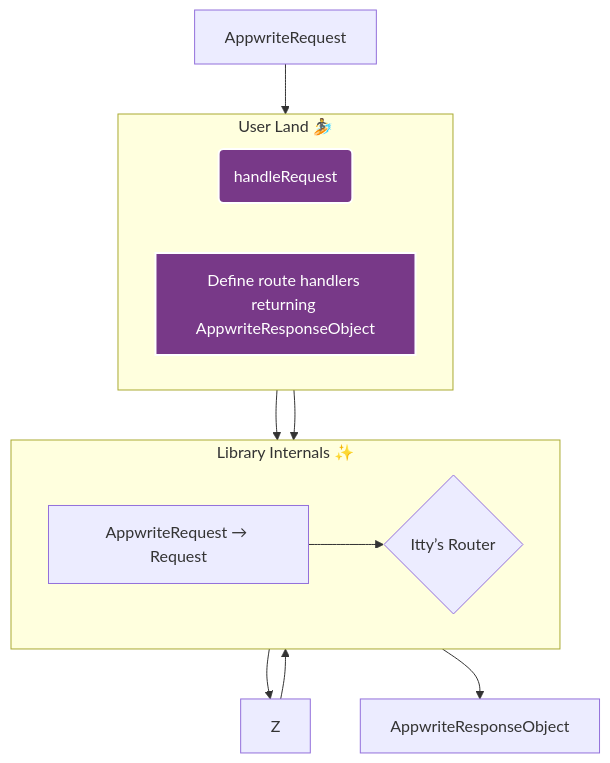
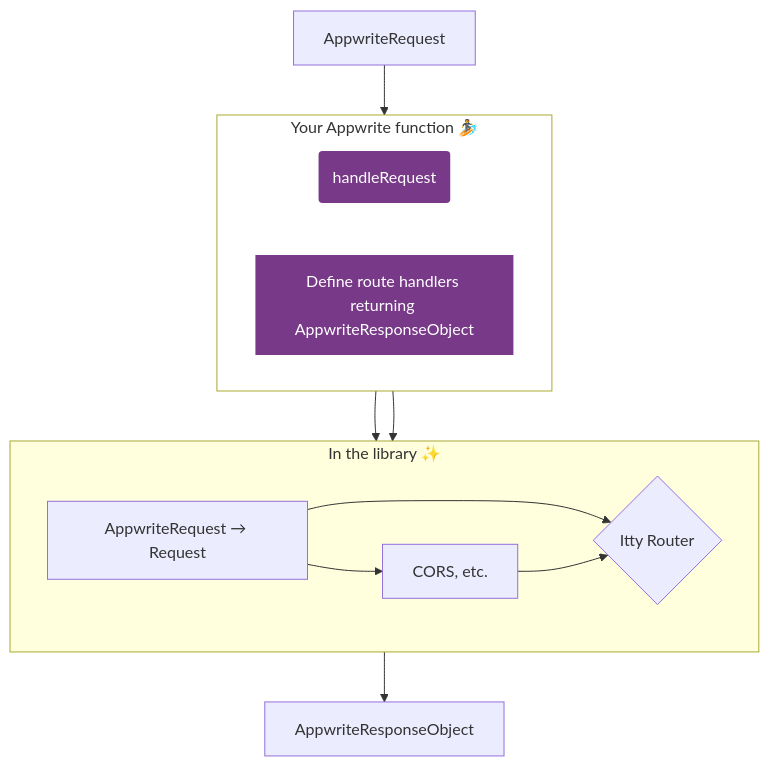
The diagram in doc/docs/usage/index.md (kaibun/appwrite-fn-router), drawn with Mermaid before and after one commit. The commit also changed other lines of this file and 19 other files, not shown here.

````diff
--- a/doc/docs/usage/index.md
+++ b/doc/docs/usage/index.md
@@ -15,26 +153,29 @@
 ```mermaid
 flowchart TD
-    subgraph SG1["User Land 🏄"]
+    SG1:::styleSG1
+
+    subgraph SG1["Your Appwrite function 🏄"]
         direction LR
         B("handleRequest");
         D["Define route handlers returning AppwriteResponseObject"];
     end
 
-    subgraph "Library Internals ✨"
+    subgraph "In the library ✨"
         direction LR
         B_to_C["AppwriteRequest → Request"];
-        C{Itty’s Router};
+        Z["CORS, etc."];
+        C{Itty Router};
     end
 
     A[AppwriteRequest] --> B;
     B --> B_to_C;
     B_to_C --> C;
     B_to_C --> Z;
     Z --> C;
     D --> C;
     C --> F[AppwriteResponseObject];
 
     style B fill:#783988,stroke:#fff,stroke-width:2px,color:#fff
     style D fill:#783988,stroke:#fff,stroke-width:2px,color:#fff
     classDef styleSG1 fill:none,margin-bottom:50px
 ```
````
